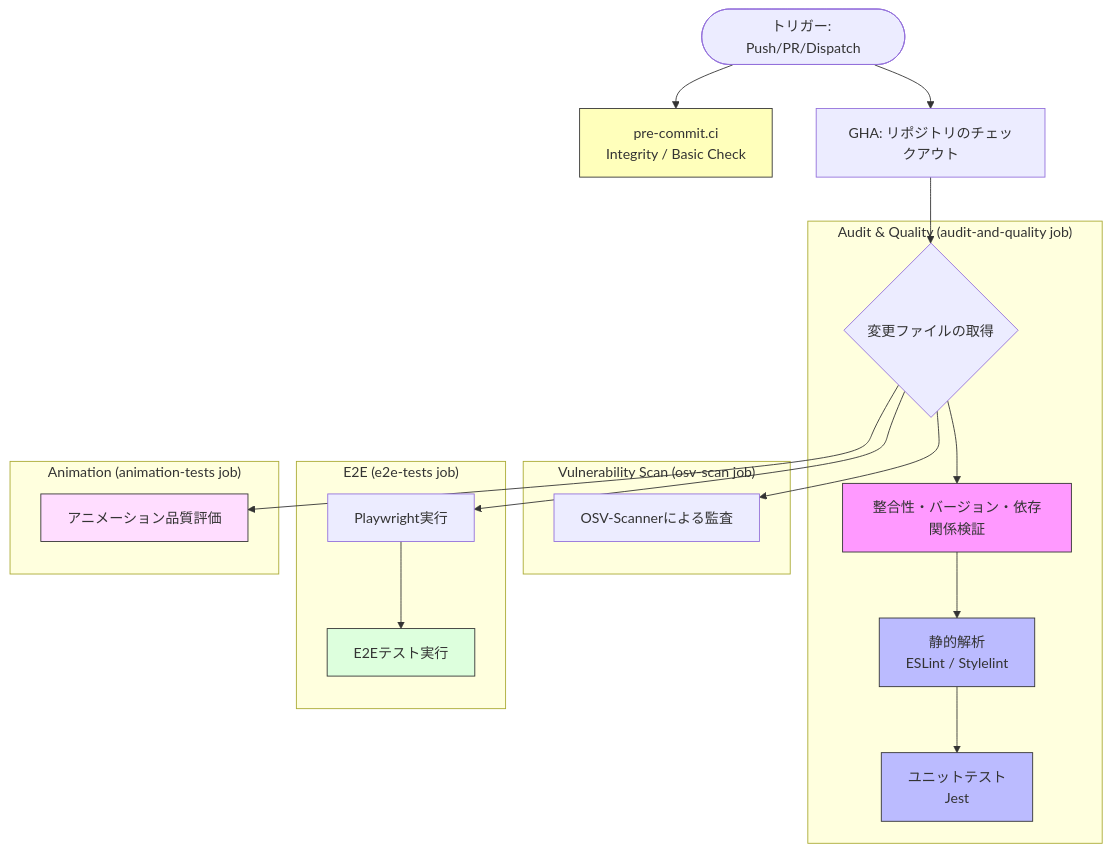
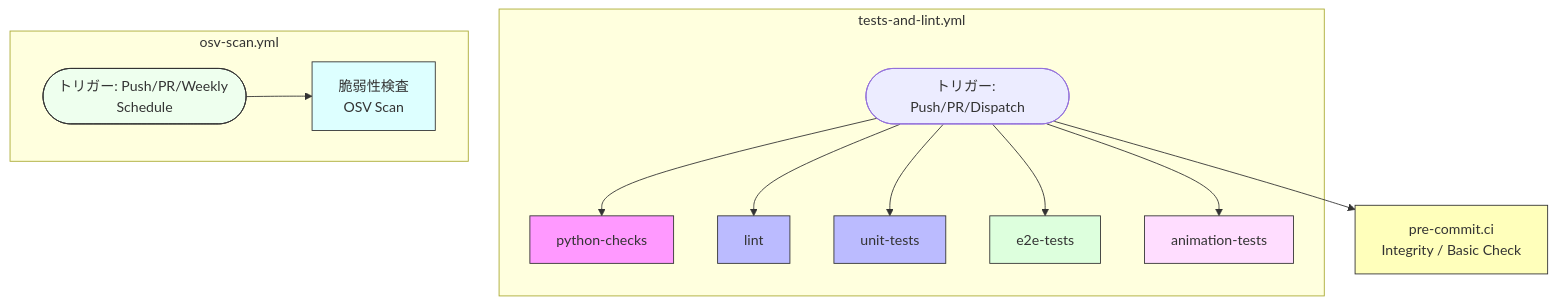
Before and after one commit to masanori-satake/QuickLog-Solo: the first of 2 diagrams in docs/README_ACTIONS.md, drawn with Mermaid. The commit also changed other lines of this file and 3 other files, not shown here.

````diff
--- a/docs/README_ACTIONS.md
+++ b/docs/README_ACTIONS.md
@@ -92,33 +93,27 @@
 ```mermaid
 graph TD
     Start([トリガー: Push/PR/Dispatch])
     Start --> PreCommit[pre-commit.ci<br/>Integrity / Basic Check]
-    Start --> Checkout[GHA: リポジトリのチェックアウト]
-    Checkout --> GetChanged{変更ファイルの取得}
 
-    subgraph "Audit & Quality (audit-and-quality job)"
-        GetChanged --> CleanCheck[整合性・バージョン・依存関係検証]
-        CleanCheck --> Lint[静的解析<br/>ESLint / Stylelint]
-        Lint --> UnitTests[ユニットテスト<br/>Jest]
+    subgraph "tests-and-lint.yml"
+        Start --> Job1[python-checks]
+        Start --> Job2[lint]
+        Start --> Job3[unit-tests]
+        Start --> Job4[e2e-tests]
+        Start --> Job5[animation-tests]
     end
 
-    subgraph "Vulnerability Scan (osv-scan job)"
-        GetChanged --> OSVScan[OSV-Scannerによる監査]
+    StartOSV([トリガー: Push/PR/Weekly Schedule])
+    subgraph "osv-scan.yml"
+        StartOSV --> OSVScan[脆弱性検査<br/>OSV Scan]
     end
 
-    subgraph "E2E (e2e-tests job)"
-        GetChanged --> Playwright[Playwright実行]
-        Playwright --> RunE2E[E2Eテスト実行]
-    end
-
-    subgraph "Animation (animation-tests job)"
-        GetChanged --> AnimEval[アニメーション品質評価]
-    end
-
-    style CleanCheck fill:#f9f,stroke:#333
+    style Job1 fill:#f9f,stroke:#333
+    style Job2 fill:#bbf,stroke:#333
+    style Job3 fill:#bbf,stroke:#333
+    style Job4 fill:#dfd,stroke:#333
+    style Job5 fill:#fdf,stroke:#333
     style PreCommit fill:#ffb,stroke:#333
-    style Lint fill:#bbf,stroke:#333
-    style UnitTests fill:#bbf,stroke:#333
-    style RunE2E fill:#dfd,stroke:#333
-    style AnimEval fill:#fdf,stroke:#333
+    style OSVScan fill:#dff,stroke:#333
+    style StartOSV fill:#efe,stroke:#333
 ```
````
